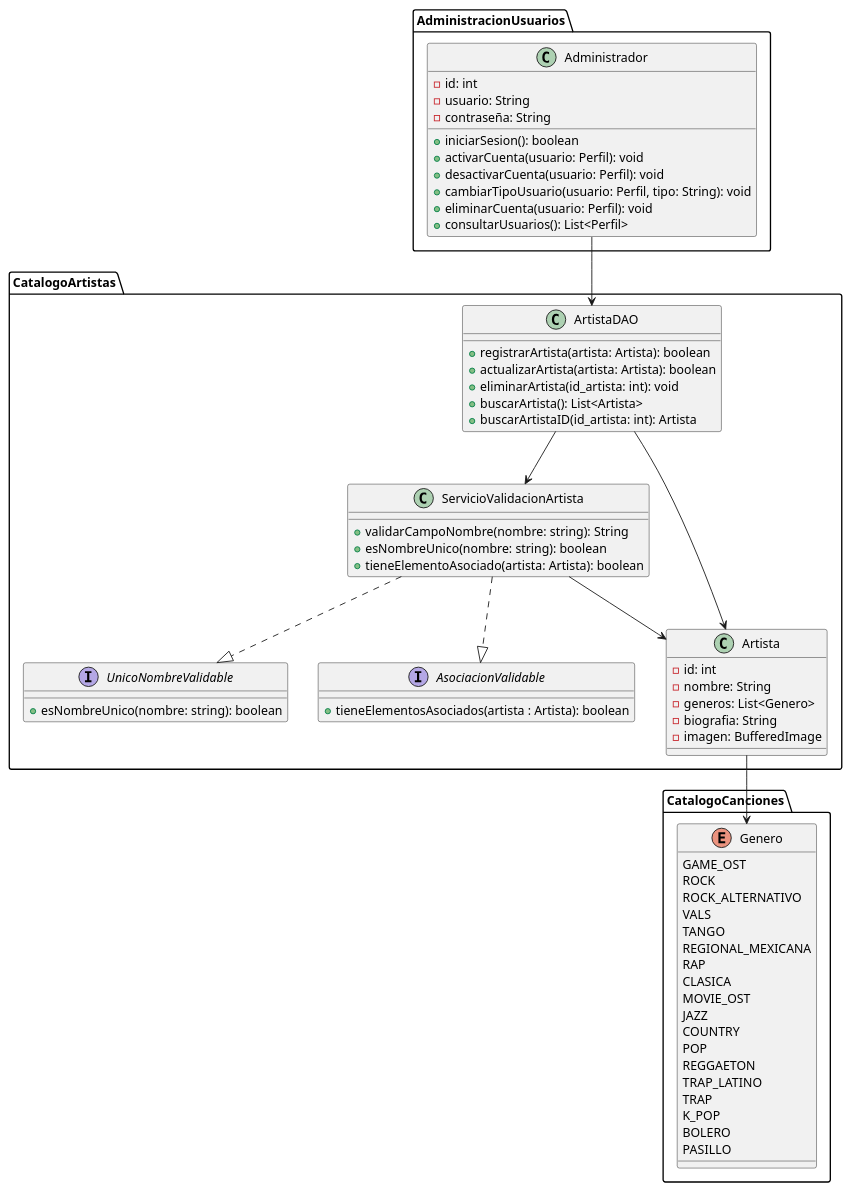
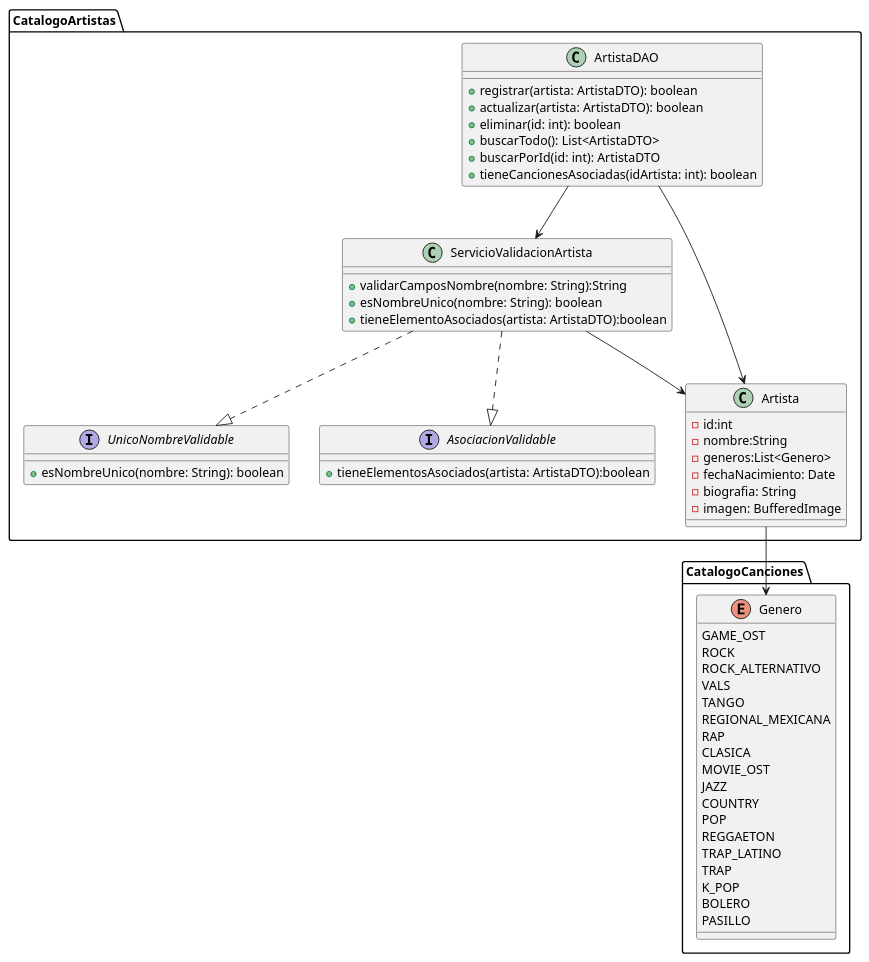
One commit to BaphomeT-T/InkHarmony changed the diagram in src/DiagramasPlantUML/DiagramaCatalogoArtistas.puml. Above: the diagram before and after it, drawn with PlantUML. The commit also changed 4 other files, not shown here.

Commit message:
diagrama actualizado

```diff
--- a/src/DiagramasPlantUML/DiagramaCatalogoArtistas.puml
+++ b/src/DiagramasPlantUML/DiagramaCatalogoArtistas.puml
@@ -1,78 +1,62 @@
-@startuml
-package AdministracionUsuarios {
-    class Administrador {
-        - id: int
-        - usuario: String
-        - contraseña: String
-        + iniciarSesion(): boolean
-        + activarCuenta(usuario: Perfil): void
-        + desactivarCuenta(usuario: Perfil): void
-        + cambiarTipoUsuario(usuario: Perfil, tipo: String): void
-        + eliminarCuenta(usuario: Perfil): void
-        + consultarUsuarios(): List<Perfil>
+
+package "CatalogoArtistas" {
+    class ArtistaDAO {
+        +registrar(artista: ArtistaDTO): boolean
+        +actualizar(artista: ArtistaDTO): boolean
+        +eliminar(id: int): boolean
+        +buscarTodo(): List<ArtistaDTO>
+        +buscarPorId(id: int): ArtistaDTO
+        +tieneCancionesAsociadas(idArtista: int): boolean
     }
+    class "ServicioValidacionArtista"{
+        +validarCamposNombre(nombre: String):String
+        +esNombreUnico(nombre: String): boolean
+        +tieneElementoAsociados(artista: ArtistaDTO):boolean
+    }
+    class "Artista"{
+        -id:int
+        -nombre:String
+        -generos:List<Genero>
+        -fechaNacimiento: Date
+        -biografia: String
+        -imagen: BufferedImage
+    }
+
+    interface UnicoNombreValidable{
+       +esNombreUnico(nombre: String): boolean
+    }
+    interface AsociacionValidable{
+       +tieneElementosAsociados(artista: ArtistaDTO):boolean
+    }
+ArtistaDAO --> Artista
+ArtistaDAO --> ServicioValidacionArtista
+ServicioValidacionArtista--> Artista
+ServicioValidacionArtista..|> UnicoNombreValidable
+ServicioValidacionArtista..|> AsociacionValidable
 }
-package CatalogoCanciones {
-enum Genero {
+
+
+package "CatalogoCanciones"{
+    enum Genero {
         GAME_OST
         ROCK
         ROCK_ALTERNATIVO
         VALS
         TANGO
         REGIONAL_MEXICANA
         RAP
         CLASICA
         MOVIE_OST
         JAZZ
         COUNTRY
         POP
         REGGAETON
         TRAP_LATINO
         TRAP
         K_POP
         BOLERO
         PASILLO
+    }
+Artista --> Genero
+
 }
-}
-package CatalogoArtistas {
-    class ArtistaDAO {
-
-        + registrarArtista(artista: Artista): boolean
-        + actualizarArtista(artista: Artista): boolean
-        + eliminarArtista(id_artista: int): void
-        + buscarArtista(): List<Artista>
-        + buscarArtistaID(id_artista: int): Artista
-    }
-
-    class ServicioValidacionArtista {
-        + validarCampoNombre(nombre: string): String
-        + esNombreUnico(nombre: string): boolean
-        + tieneElementoAsociado(artista: Artista): boolean
-    }
-
-    class Artista {
-        - id: int
-        - nombre: String
-        - generos: List<Genero>
-        - biografia: String
-        - imagen: BufferedImage
-    }
-
-
-    interface UnicoNombreValidable {
-        + esNombreUnico(nombre: string): boolean
-    }
-
-    interface AsociacionValidable {
-        + tieneElementosAsociados(artista : Artista): boolean
-    }
-}
-
-Administrador --> ArtistaDAO
-ArtistaDAO --> Artista
-ServicioValidacionArtista --> Artista
-ServicioValidacionArtista ..|> UnicoNombreValidable
-ServicioValidacionArtista ..|> AsociacionValidable
-ArtistaDAO --> ServicioValidacionArtista
-Artista --> Genero
-@enduml
```
